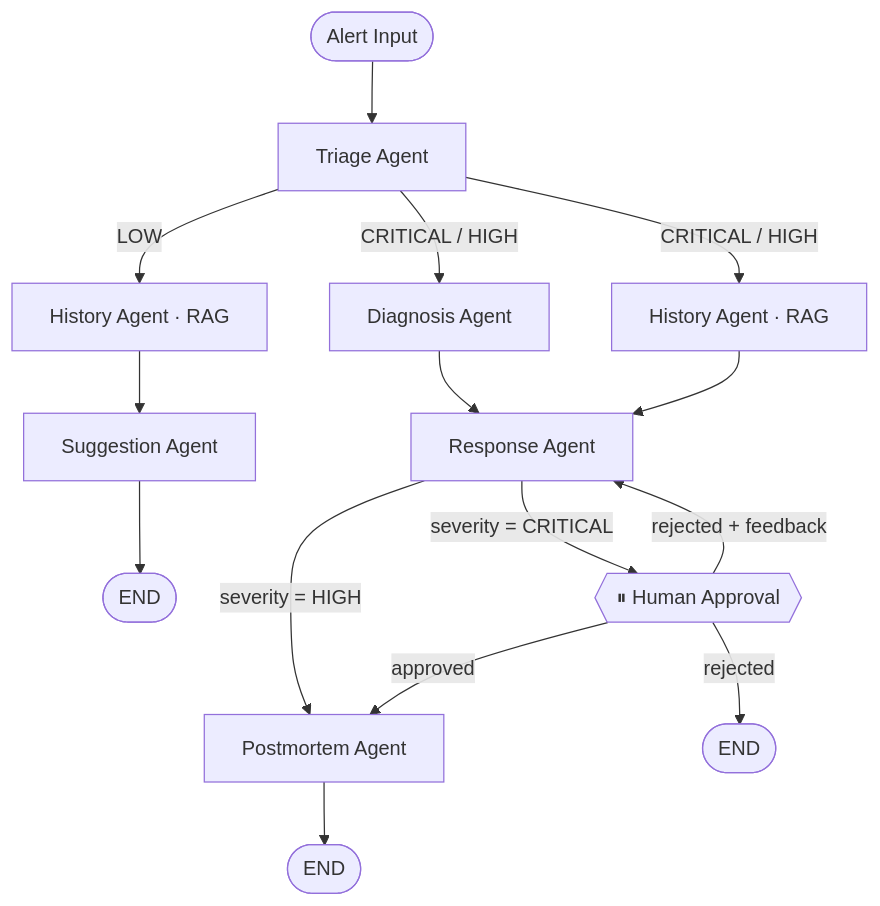
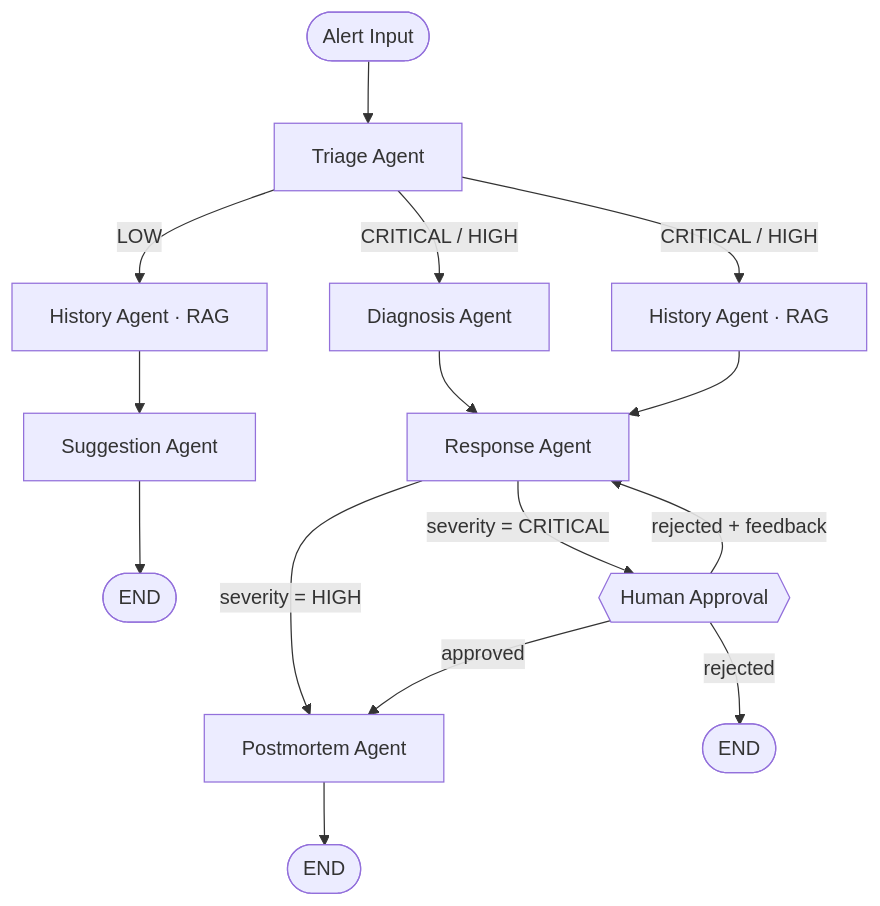
One commit to nagayev-blog/incident_response_autopilot changed the diagram in README.md. Above: the diagram before and after it, drawn with Mermaid. The commit also changed other lines of this file, not shown here.

````diff
--- a/README.md
+++ b/README.md
@@ -79,22 +40,22 @@
 ```mermaid
 flowchart TD
     START([Alert Input]) --> triage[Triage Agent]
 
     triage -->|CRITICAL / HIGH| diagnosis[Diagnosis Agent]
     triage -->|CRITICAL / HIGH| history_p[History Agent · RAG]
     triage -->|LOW| history_l[History Agent · RAG]
 
     diagnosis --> response[Response Agent]
     history_p --> response
 
     history_l --> suggestion[Suggestion Agent]
     suggestion --> END_LOW([END])
 
-    response -->|severity = CRITICAL| approval{{⏸ Human Approval}}
+    response -->|severity = CRITICAL| approval{{Human Approval}}
     response -->|severity = HIGH| postmortem[Postmortem Agent]
 
     approval -->|approved| postmortem
     approval -->|rejected + feedback| response
     approval -->|rejected| END_REJECT([END])
     postmortem --> END_OK([END])
 ```
````
